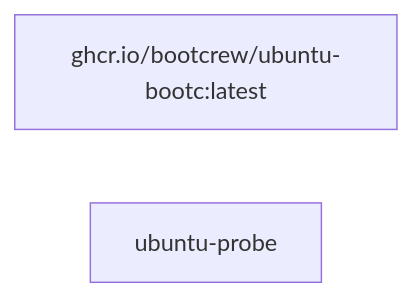
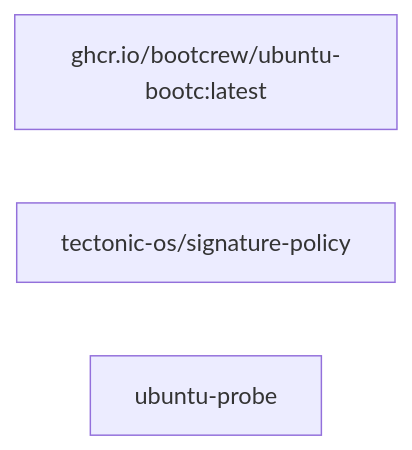
The diagram in generated/proving-ground.graph.md (tectonic-os/proving-ground), drawn with Mermaid before and after one commit. The commit also changed other lines of this file and 7 other files, not shown here.

Commit message:
ship the signature policy in the ubuntu image

````diff
--- a/generated/proving-ground.graph.md
+++ b/generated/proving-ground.graph.md
@@ -9,5 +9,6 @@
 ```mermaid
 graph LR
     base["ghcr.io/bootcrew/ubuntu-bootc:latest"]
-    m0["ubuntu-probe"]
+    m0["tectonic-os/signature-policy"]
+    m1["ubuntu-probe"]
 ```
````
